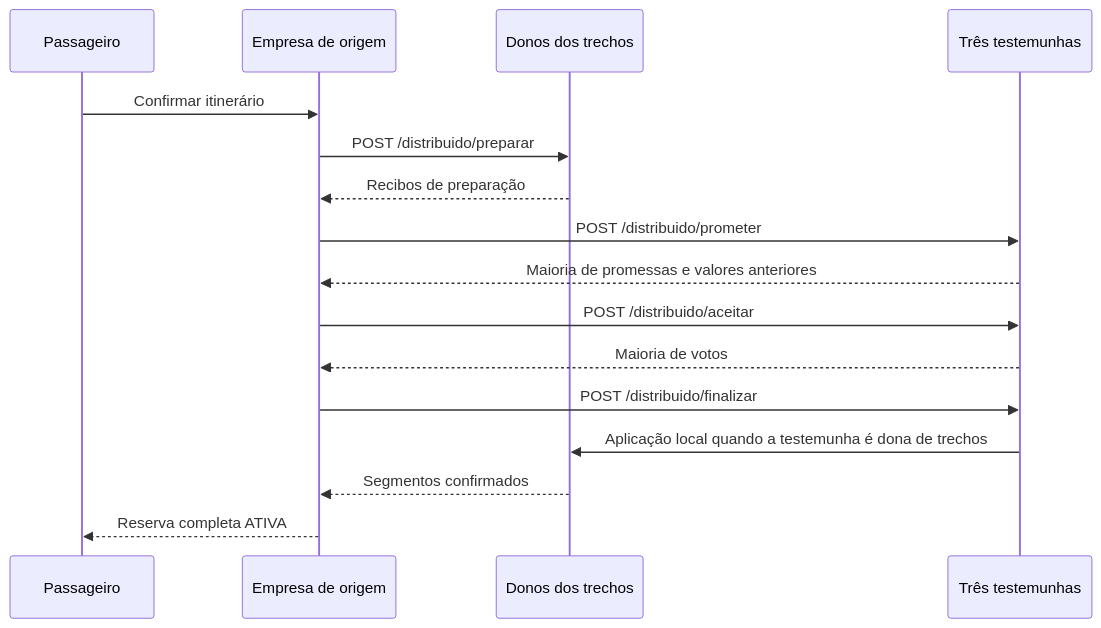
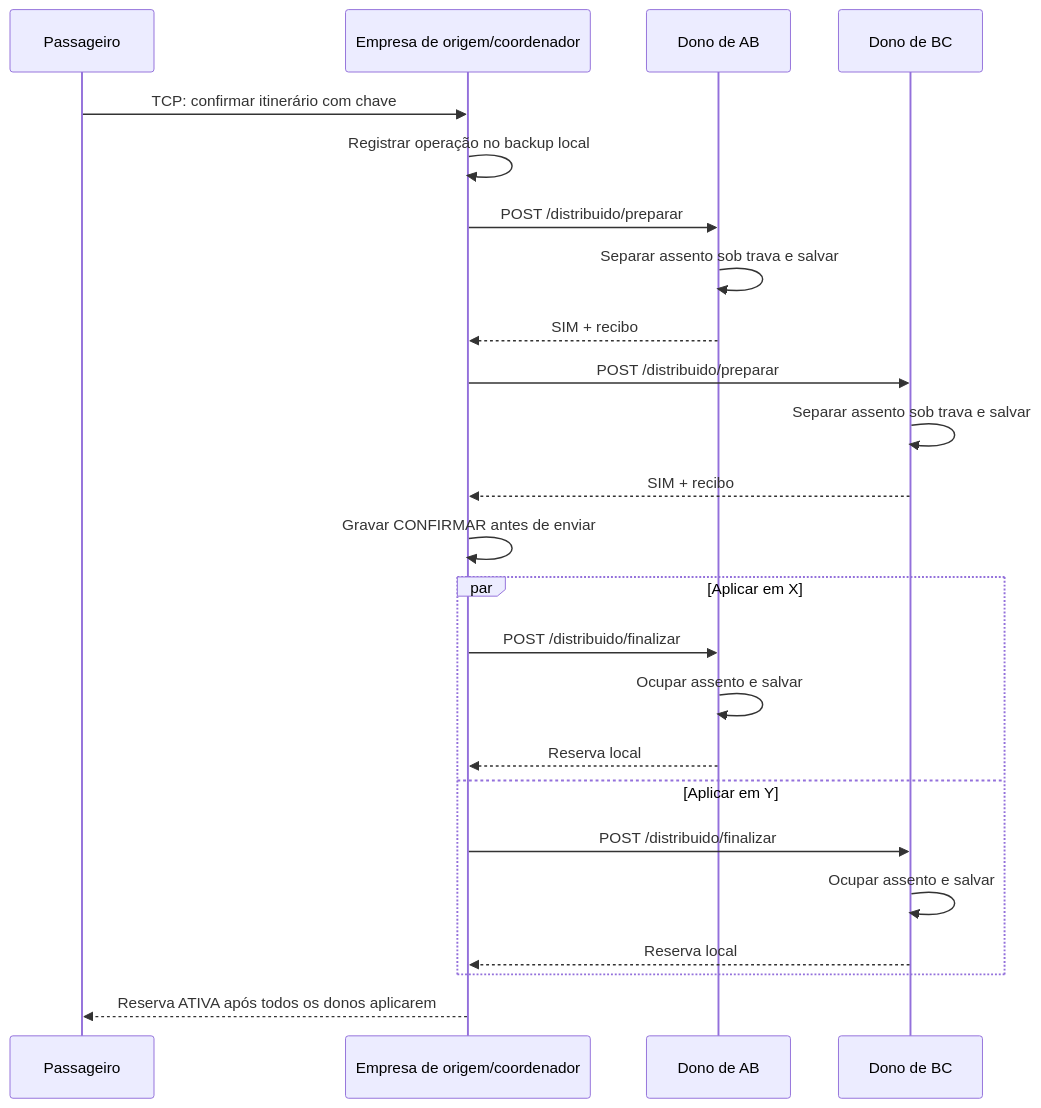
Before and after one commit to a10desouzza/VAIJUNTO: the diagram in internal/consorcio/API.md, drawn with Mermaid. The commit also changed other lines of this file and 37 other files, not shown here.

````diff
--- a/internal/consorcio/API.md
+++ b/internal/consorcio/API.md
@@ -132,18 +110,26 @@
 ```mermaid
 sequenceDiagram
     participant P as Passageiro
-    participant A as Empresa de origem
-    participant B as Donos dos trechos
-    participant T as Três testemunhas
-    P->>A: Confirmar itinerário
-    A->>B: POST /distribuido/preparar
-    B-->>A: Recibos de preparação
-    A->>T: POST /distribuido/prometer
-    T-->>A: Maioria de promessas e valores anteriores
-    A->>T: POST /distribuido/aceitar
-    T-->>A: Maioria de votos
-    A->>T: POST /distribuido/finalizar
-    T->>B: Aplicação local quando a testemunha é dona de trechos
-    B-->>A: Segmentos confirmados
-    A-->>P: Reserva completa ATIVA
+    participant C as Empresa de origem/coordenador
+    participant X as Dono de AB
+    participant Y as Dono de BC
+    P->>C: TCP: confirmar itinerário com chave
+    C->>C: Registrar operação no backup local
+    C->>X: POST /distribuido/preparar
+    X->>X: Separar assento sob trava e salvar
+    X-->>C: SIM + recibo
+    C->>Y: POST /distribuido/preparar
+    Y->>Y: Separar assento sob trava e salvar
+    Y-->>C: SIM + recibo
+    C->>C: Gravar CONFIRMAR antes de enviar
+    par Aplicar em X
+        C->>X: POST /distribuido/finalizar
+        X->>X: Ocupar assento e salvar
+        X-->>C: Reserva local
+    and Aplicar em Y
+        C->>Y: POST /distribuido/finalizar
+        Y->>Y: Ocupar assento e salvar
+        Y-->>C: Reserva local
+    end
+    C-->>P: Reserva ATIVA após todos os donos aplicarem
 ```
````
